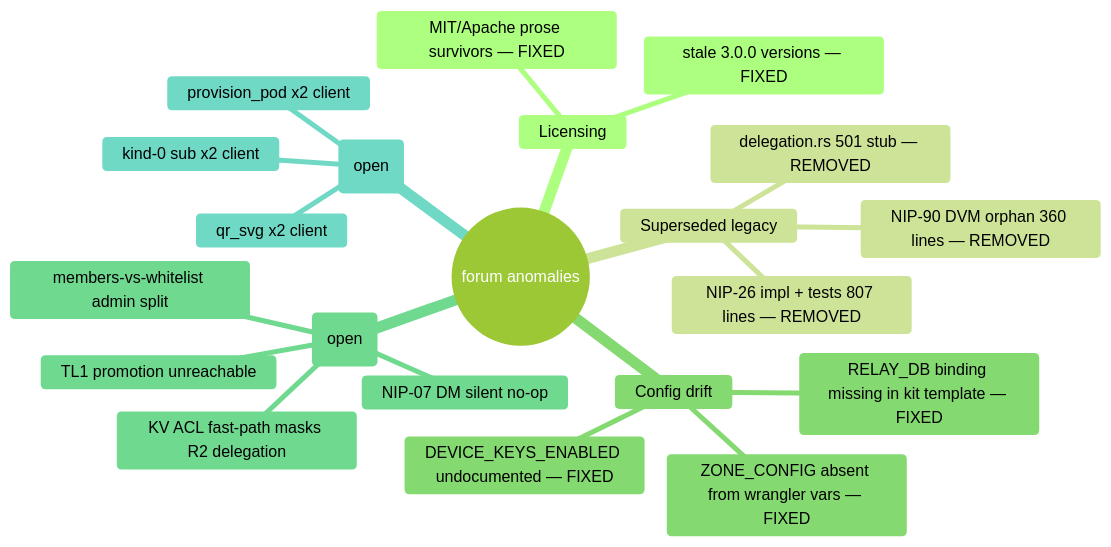
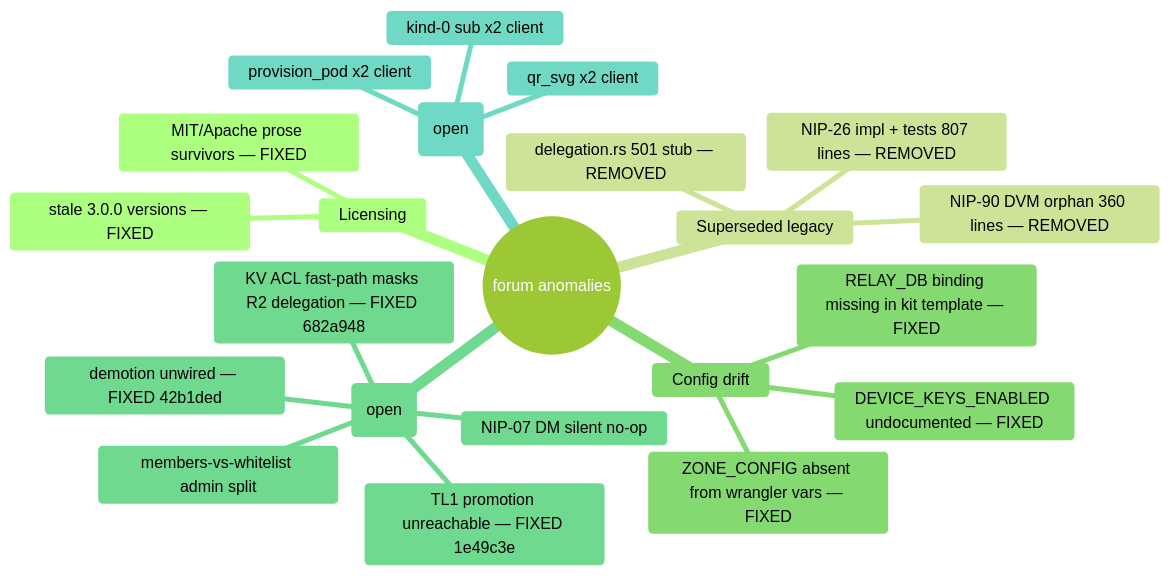
Before and after one commit to DreamLab-AI/nostr-rust-forum: the diagram in docs/diagrams/00-anomaly-register.md, drawn with Mermaid (forest theme). The commit also changed other lines of this file and 5 other files, not shown here.

First line of the commit message:
docs(diagrams): verify mermaid diagrams against code; refresh drifted anchors and label known gaps

````diff
--- a/docs/diagrams/00-anomaly-register.md
+++ b/docs/diagrams/00-anomaly-register.md
@@ -10,24 +10,25 @@
 ```mermaid
 mindmap
   root((forum anomalies))
     Licensing
       MIT/Apache prose survivors — FIXED
       stale 3.0.0 versions — FIXED
     Superseded legacy
       NIP-26 impl + tests 807 lines — REMOVED
       NIP-90 DVM orphan 360 lines — REMOVED
       delegation.rs 501 stub — REMOVED
     Config drift
       DEVICE_KEYS_ENABLED undocumented — FIXED
       RELAY_DB binding missing in kit template — FIXED
       ZONE_CONFIG absent from wrangler vars — FIXED
     Behavioural (open)
-      TL1 promotion unreachable
+      TL1 promotion unreachable — FIXED 1e49c3e
+      demotion unwired — FIXED 42b1ded
       members-vs-whitelist admin split
-      KV ACL fast-path masks R2 delegation
+      KV ACL fast-path masks R2 delegation — FIXED 682a948
       NIP-07 DM silent no-op
     Duplication (open)
       provision_pod x2 client
       qr_svg x2 client
       kind-0 sub x2 client
 ```
````
